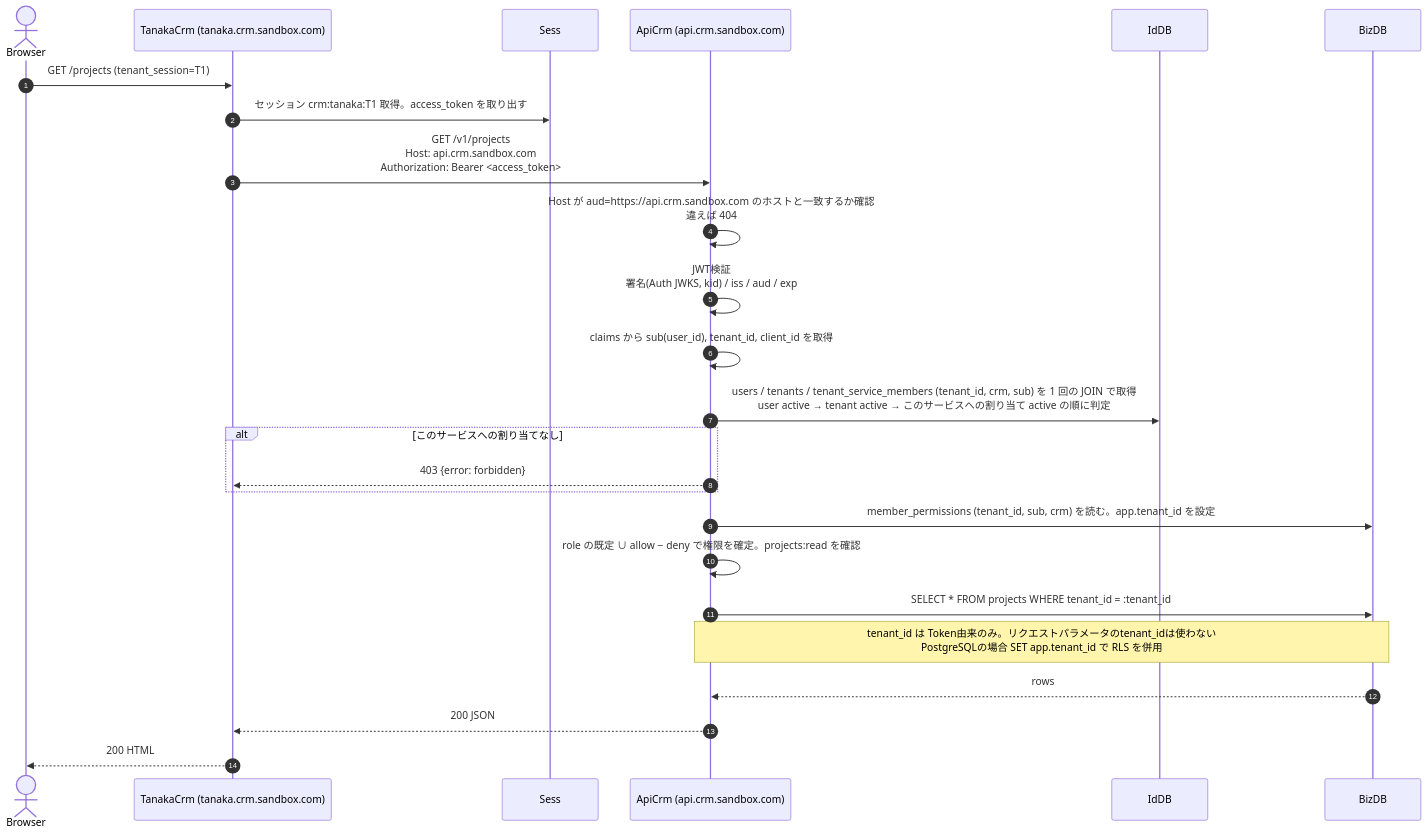
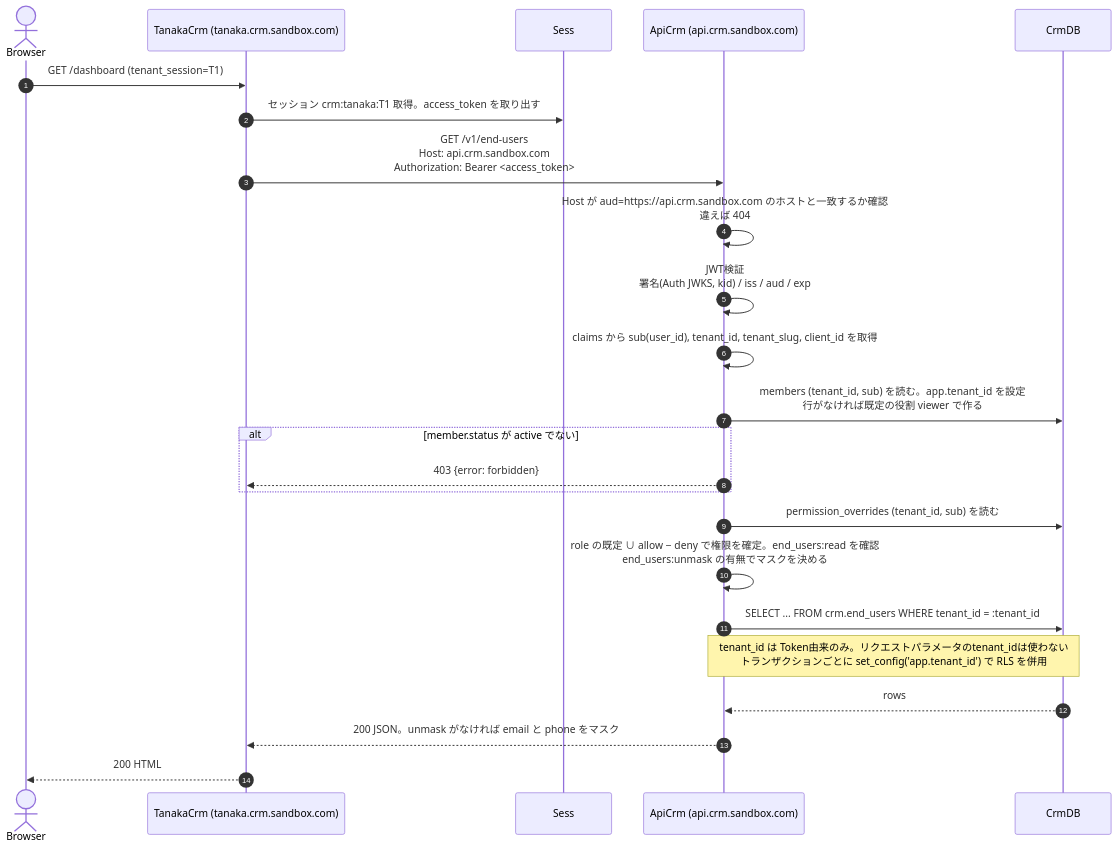
Before and after one commit to daisuke-tanabe/multi-domain-sandbox: the eighth of 16 diagrams in docs/design/02-auth-sequences.md, drawn with Mermaid. The commit also changed other lines of this file and 97 other files, not shown here.

````diff
--- a/docs/design/02-auth-sequences.md
+++ b/docs/design/02-auth-sequences.md
@@ -325,28 +327,27 @@
 ```mermaid
 sequenceDiagram
     autonumber
     actor Browser
     participant TanakaCrm as TanakaCrm (tanaka.crm.sandbox.com)
     participant Sess
     participant ApiCrm as ApiCrm (api.crm.sandbox.com)
-    participant IdDB
-    participant BizDB
+    participant CrmDB
 
-    Browser->>TanakaCrm: GET /projects (tenant_session=T1)
+    Browser->>TanakaCrm: GET /dashboard (tenant_session=T1)
     TanakaCrm->>Sess: セッション crm:tanaka:T1 取得。access_token を取り出す
-    TanakaCrm->>ApiCrm: GET /v1/projects<br/>Host: api.crm.sandbox.com<br/>Authorization: Bearer <access_token>
+    TanakaCrm->>ApiCrm: GET /v1/end-users<br/>Host: api.crm.sandbox.com<br/>Authorization: Bearer <access_token>
     ApiCrm->>ApiCrm: Host が aud=https://api.crm.sandbox.com のホストと一致するか確認<br/>違えば 404
     ApiCrm->>ApiCrm: JWT検証<br/>署名(Auth JWKS, kid) / iss / aud / exp
-    ApiCrm->>ApiCrm: claims から sub(user_id), tenant_id, client_id を取得
-    ApiCrm->>IdDB: users / tenants / tenant_service_members (tenant_id, crm, sub) を 1 回の JOIN で取得<br/>user active → tenant active → このサービスへの割り当て active の順に判定
-    alt このサービスへの割り当てなし
+    ApiCrm->>ApiCrm: claims から sub(user_id), tenant_id, tenant_slug, client_id を取得
+    ApiCrm->>CrmDB: members (tenant_id, sub) を読む。app.tenant_id を設定<br/>行がなければ既定の役割 viewer で作る
+    alt member.status が active でない
         ApiCrm-->>TanakaCrm: 403 {error: forbidden}
     end
-    ApiCrm->>BizDB: member_permissions (tenant_id, sub, crm) を読む。app.tenant_id を設定
-    ApiCrm->>ApiCrm: role の既定 ∪ allow − deny で権限を確定。projects:read を確認
-    ApiCrm->>BizDB: SELECT * FROM projects WHERE tenant_id = :tenant_id
-    Note over ApiCrm,BizDB: tenant_id は Token由来のみ。リクエストパラメータのtenant_idは使わない<br/>PostgreSQLの場合 SET app.tenant_id で RLS を併用
-    BizDB-->>ApiCrm: rows
-    ApiCrm-->>TanakaCrm: 200 JSON
+    ApiCrm->>CrmDB: permission_overrides (tenant_id, sub) を読む
+    ApiCrm->>ApiCrm: role の既定 ∪ allow − deny で権限を確定。end_users:read を確認<br/>end_users:unmask の有無でマスクを決める
+    ApiCrm->>CrmDB: SELECT ... FROM crm.end_users WHERE tenant_id = :tenant_id
+    Note over ApiCrm,CrmDB: tenant_id は Token由来のみ。リクエストパラメータのtenant_idは使わない<br/>トランザクションごとに set_config('app.tenant_id') で RLS を併用
+    CrmDB-->>ApiCrm: rows
+    ApiCrm-->>TanakaCrm: 200 JSON。unmask がなければ email と phone をマスク
     TanakaCrm-->>Browser: 200 HTML
 ```
````
